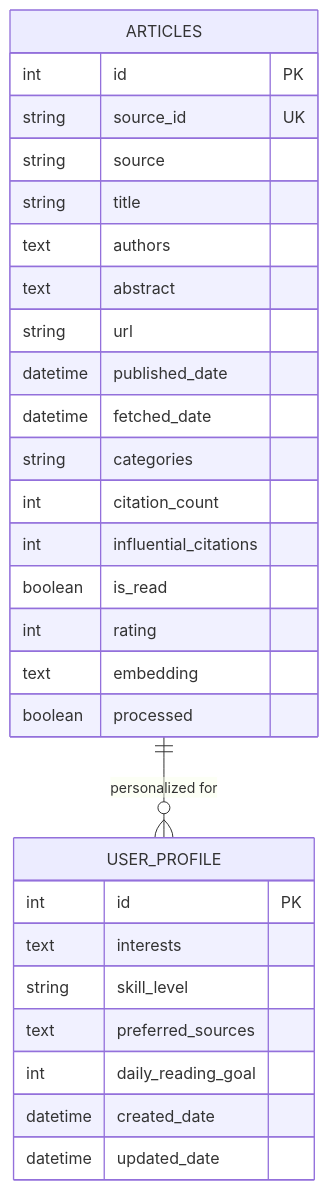
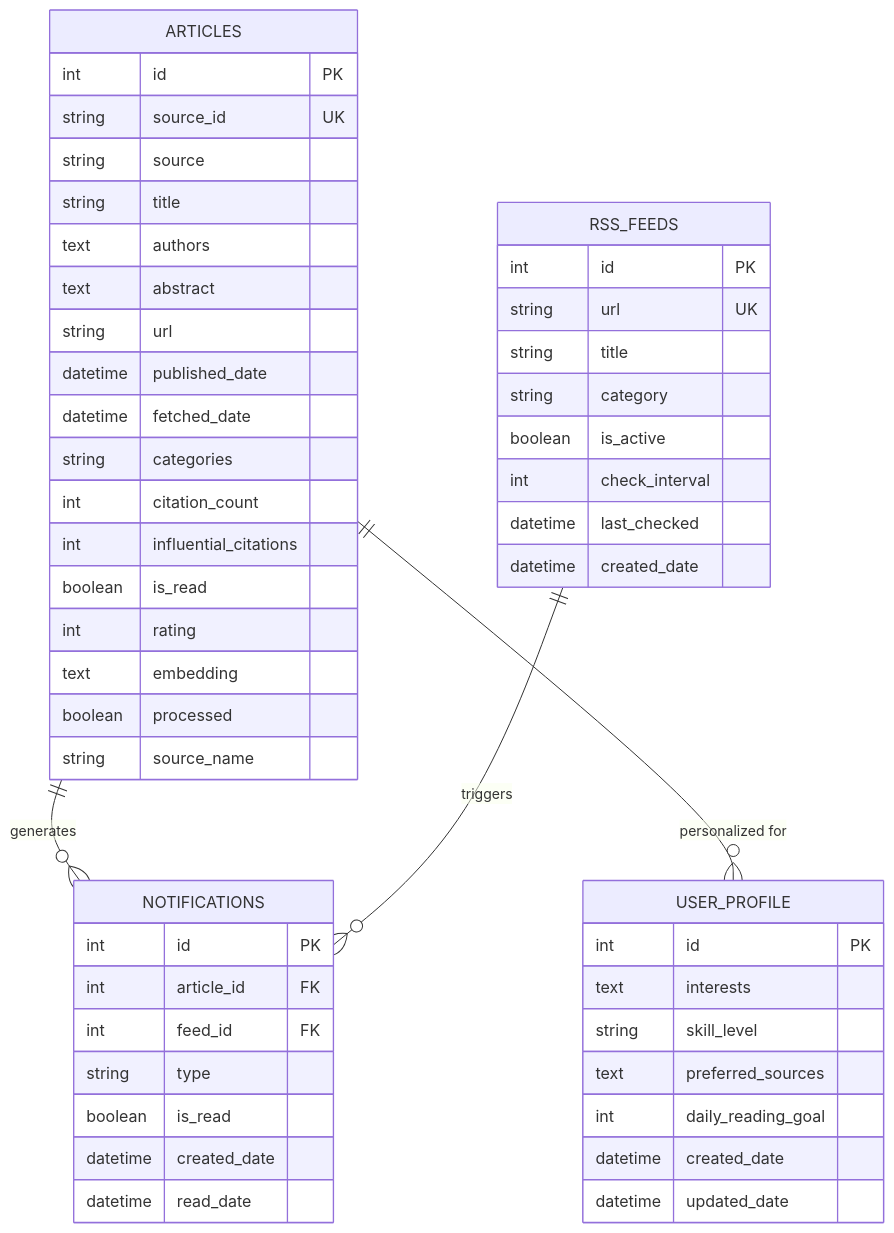
One commit to katebennu/mind-scout changed the sixth of 14 diagrams in docs/architecture/diagrams.md. Above: the diagram before and after it, drawn with Mermaid. The commit also changed other lines of this file and 1 other file, not shown here.

Commit message:
docs: update architecture diagrams with RSS and notifications
- Add rss_feeds and notifications tables to database schema
- Add RSS fetcher to system overview and fetchers section
- Update frontend stack: Tailwind CSS → Material UI
- Add arxiv_advanced.py and rss.py to file structure

🤖 Generated with [Claude Code](https://claude.com/claude-code)

````diff
--- a/docs/architecture/diagrams.md
+++ b/docs/architecture/diagrams.md
@@ -198,33 +198,57 @@
 ```mermaid
 erDiagram
     ARTICLES {
         int id PK
         string source_id UK
         string source
         string title
         text authors
         text abstract
         string url
         datetime published_date
         datetime fetched_date
         string categories
         int citation_count
         int influential_citations
         boolean is_read
         int rating
         text embedding
         boolean processed
+        string source_name
     }
 
     USER_PROFILE {
         int id PK
         text interests
         string skill_level
         text preferred_sources
         int daily_reading_goal
         datetime created_date
         datetime updated_date
     }
 
+    RSS_FEEDS {
+        int id PK
+        string url UK
+        string title
+        string category
+        boolean is_active
+        int check_interval
+        datetime last_checked
+        datetime created_date
+    }
+
+    NOTIFICATIONS {
+        int id PK
+        int article_id FK
+        int feed_id FK
+        string type
+        boolean is_read
+        datetime created_date
+        datetime read_date
+    }
+
+    ARTICLES ||--o{ NOTIFICATIONS : "generates"
+    RSS_FEEDS ||--o{ NOTIFICATIONS : "triggers"
     ARTICLES ||--o{ USER_PROFILE : "personalized for"
 ```
````
